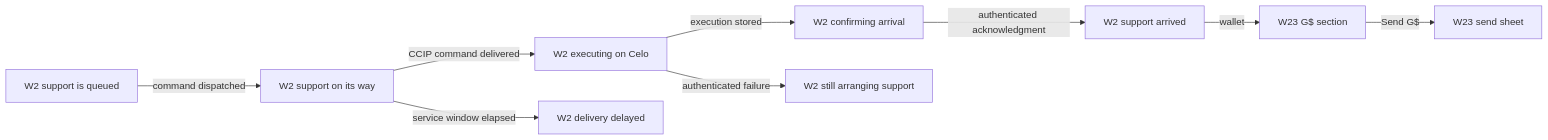
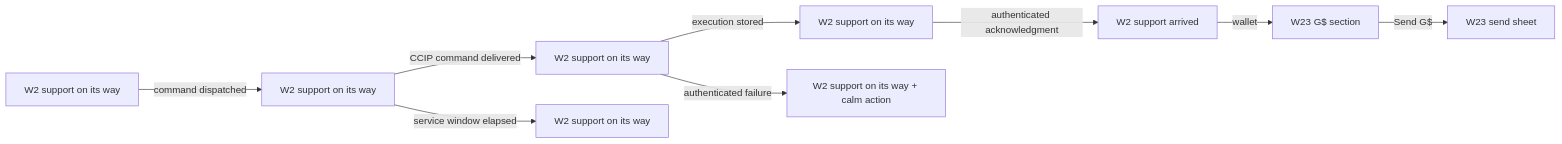
One commit to greenpill-dev-guild/green-goods changed diagram 11 of 16 in .plans/active/commitment-pooling/prototypes.md. Above: the diagram before and after it, drawn with Mermaid. The commit also changed other lines of this file and 46 other files, not shown here.

````diff
--- a/.plans/active/commitment-pooling/prototypes.md
+++ b/.plans/active/commitment-pooling/prototypes.md
@@ -503,11 +507,11 @@
 ```mermaid
 flowchart LR
-  Q["W2 support is queued"] -->|"command dispatched"| A["W2 support on its way"]
-  A -->|"CCIP command delivered"| B["W2 executing on Celo"]
-  A -->|"service window elapsed"| H["W2 delivery delayed"]
-  B -->|"execution stored"| C["W2 confirming arrival"]
+  Q["W2 support on its way"] -->|"command dispatched"| A["W2 support on its way"]
+  A -->|"CCIP command delivered"| B["W2 support on its way"]
+  A -->|"service window elapsed"| H["W2 support on its way"]
+  B -->|"execution stored"| C["W2 support on its way"]
   C -->|"authenticated acknowledgment"| D["W2 support arrived"]
   D -->|"wallet"| E["W23 G$ section"]
   E -->|"Send G$"| F["W23 send sheet"]
-  B -->|"authenticated failure"| G["W2 still arranging support"]
+  B -->|"authenticated failure"| G["W2 support on its way + calm action"]
 ```
````
